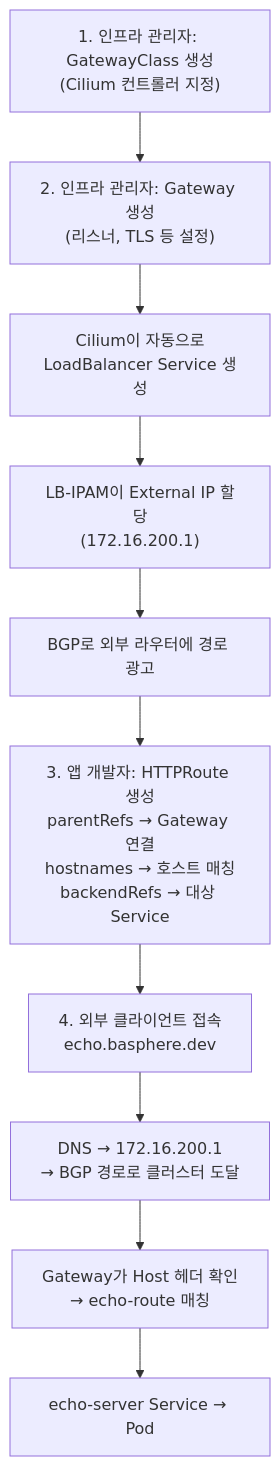
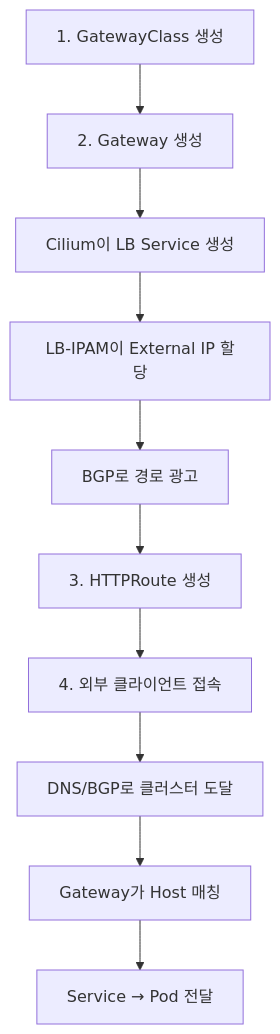
Before and after one commit to garlicKim21/kubernetes-onprem-training: the fifth of 8 diagrams in day1/ch07-gateway-api/README.md, drawn with Mermaid. The commit also changed other lines of this file and 6 other files, not shown here.

````diff
--- a/day1/ch07-gateway-api/README.md
+++ b/day1/ch07-gateway-api/README.md
@@ -443,17 +537,17 @@
 ```mermaid
 graph TD
-    S1["1. 인프라 관리자: GatewayClass 생성<br/>(Cilium 컨트롤러 지정)"]
-    S2["2. 인프라 관리자: Gateway 생성<br/>(리스너, TLS 등 설정)"]
-    S2a["Cilium이 자동으로<br/>LoadBalancer Service 생성"]
-    S2b["LB-IPAM이 External IP 할당<br/>(172.16.200.1)"]
-    S2c["BGP로 외부 라우터에 경로 광고"]
-    S3["3. 앱 개발자: HTTPRoute 생성<br/>parentRefs → Gateway 연결<br/>hostnames → 호스트 매칭<br/>backendRefs → 대상 Service"]
-    S4["4. 외부 클라이언트 접속<br/>echo.basphere.dev"]
-    S4a["DNS → 172.16.200.1<br/>→ BGP 경로로 클러스터 도달"]
-    S4b["Gateway가 Host 헤더 확인<br/>→ echo-route 매칭"]
-    S4c["echo-server Service → Pod"]
+    S1["1. GatewayClass 생성"]
+    S2["2. Gateway 생성"]
+    S2a["Cilium이 LB Service 생성"]
+    S2b["LB-IPAM이 External IP 할당"]
+    S2c["BGP로 경로 광고"]
+    S3["3. HTTPRoute 생성"]
+    S4["4. 외부 클라이언트 접속"]
+    S4a["DNS/BGP로 클러스터 도달"]
+    S4b["Gateway가 Host 매칭"]
+    S4c["Service → Pod 전달"]
 
     S1 --> S2 --> S2a --> S2b --> S2c
     S2c --> S3
     S3 --> S4 --> S4a --> S4b --> S4c
 ```
````
